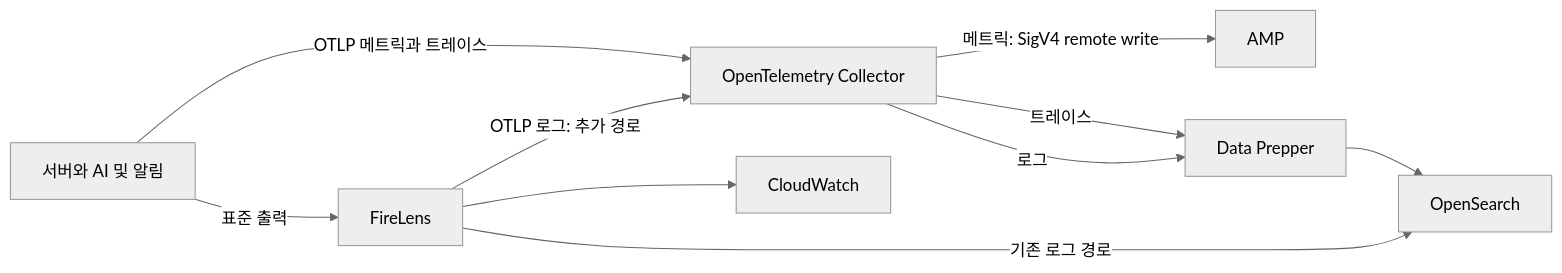
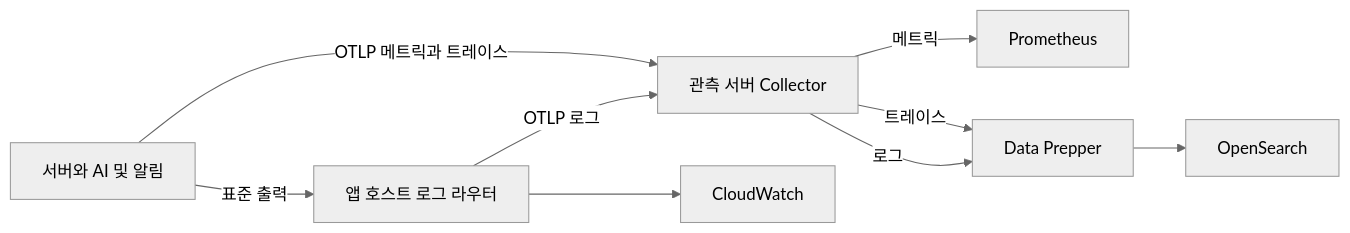
Before and after one commit to KIM-N-KANG/knk-harness: the diagram in docs/platform/BACKEND/2-OBSERVABILITY.md, drawn with Mermaid (neutral theme). The commit also changed other lines of this file and 33 other files, not shown here.

````diff
--- a/docs/platform/BACKEND/2-OBSERVABILITY.md
+++ b/docs/platform/BACKEND/2-OBSERVABILITY.md
@@ -11,12 +11,11 @@
 ```mermaid
 flowchart LR
-    S["서버와 AI 및 알림"] -->|OTLP 메트릭과 트레이스| C["OpenTelemetry Collector"]
-    C -->|메트릭: SigV4 remote write| M["AMP"]
+    S["서버와 AI 및 알림"] -->|OTLP 메트릭과 트레이스| C["관측 서버 Collector"]
+    C -->|메트릭| M["Prometheus"]
     C -->|트레이스| D["Data Prepper"]
     D --> O["OpenSearch"]
-    S -->|표준 출력| F["FireLens"]
-    F -->|기존 로그 경로| O
+    S -->|표준 출력| F["앱 호스트 로그 라우터"]
     F --> W["CloudWatch"]
-    F -->|OTLP 로그: 추가 경로| C
+    F -->|OTLP 로그| C
     C -->|로그| D
 ```
````
